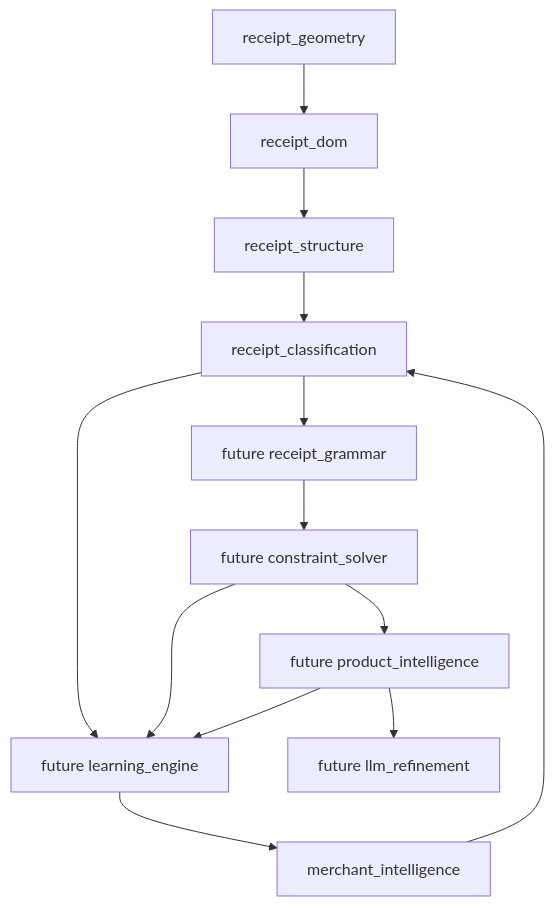
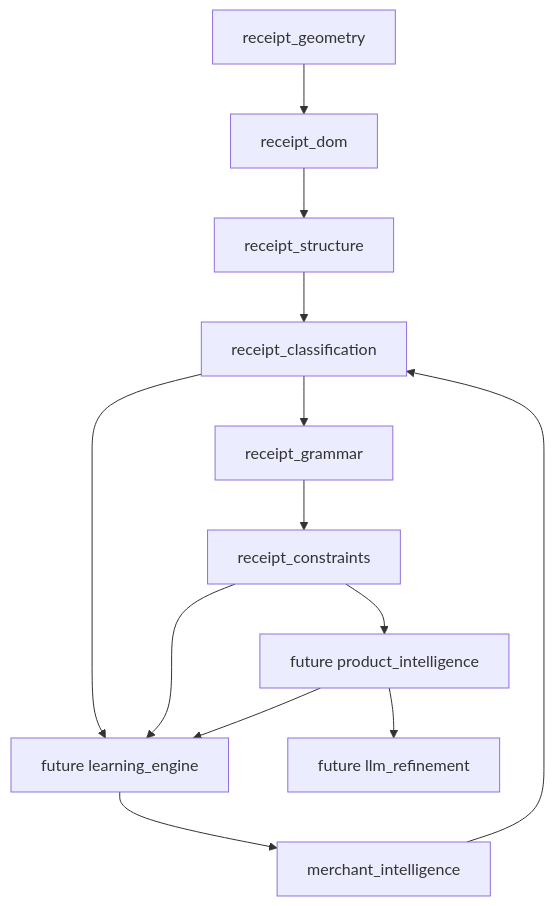
One commit to rchalicham/ai-backend changed the ninth of 20 diagrams in docs/Enterprise-Architecture/Receipt-Intelligence-Enterprise-Architecture.md. Above: the diagram before and after it, drawn with Mermaid. The commit also changed other lines of this file and 330 other files, not shown here.

````diff
--- a/docs/Enterprise-Architecture/Receipt-Intelligence-Enterprise-Architecture.md
+++ b/docs/Enterprise-Architecture/Receipt-Intelligence-Enterprise-Architecture.md
@@ -642,26 +929,26 @@
 ```mermaid
 flowchart TD
     geometry[receipt_geometry]
     dom[receipt_dom]
     structure[receipt_structure]
     knowledge[merchant_intelligence]
     classification[receipt_classification]
-    grammar[future receipt_grammar]
-    constraints[future constraint_solver]
+    grammar[receipt_grammar]
+    constraints[receipt_constraints]
     products[future product_intelligence]
     learning[future learning_engine]
     refinement[future llm_refinement]
 
     geometry --> dom
     dom --> structure
     structure --> classification
     knowledge --> classification
     classification --> grammar
     grammar --> constraints
     constraints --> products
     products --> refinement
     classification --> learning
     constraints --> learning
     products --> learning
     learning --> knowledge
 ```
````
